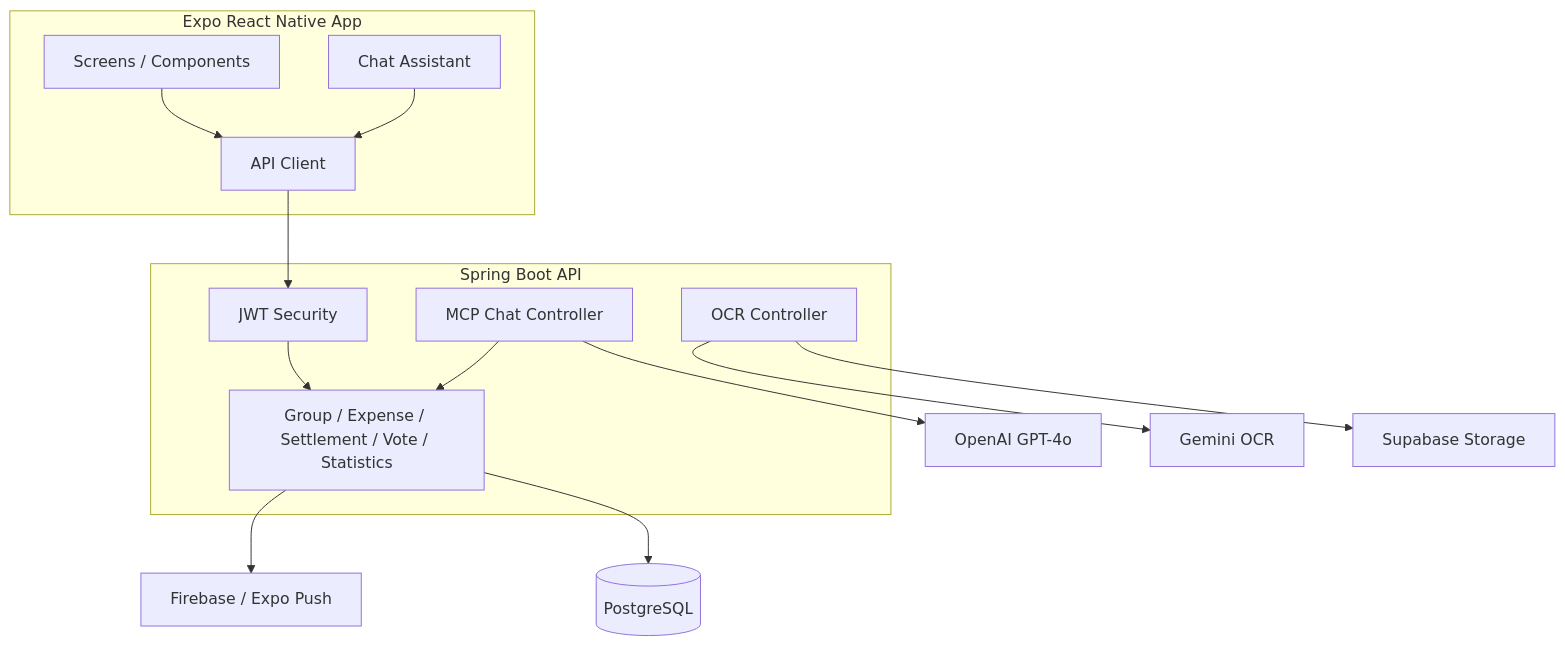
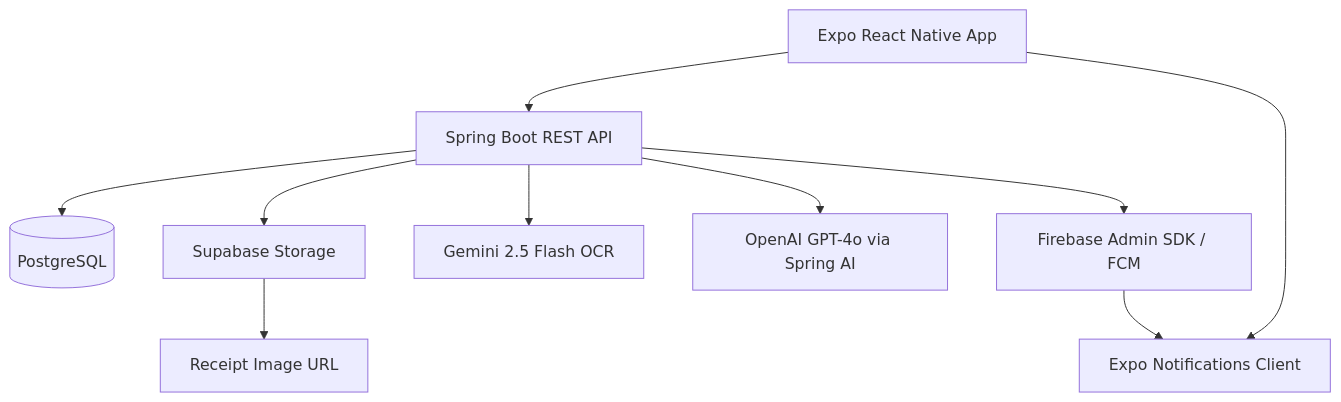
Before and after one commit to choicold/jeongchongmu: the second of 3 diagrams in README.md, drawn with Mermaid. The commit also changed other lines of this file and 2 other files, not shown here.

````diff
--- a/README.md
+++ b/README.md
@@ -68,32 +159,14 @@
 ```mermaid
 flowchart TB
-    subgraph Client["Expo React Native App"]
-        UI["Screens / Components"]
-        API["API Client"]
-        Chat["Chat Assistant"]
-    end
+    App["Expo React Native App"] --> API["Spring Boot REST API"]
+    App --> NotifyClient["Expo Notifications Client"]
 
-    subgraph Server["Spring Boot API"]
-        Auth["JWT Security"]
-        Domain["Group / Expense / Settlement / Vote / Statistics"]
-        Agent["MCP Chat Controller"]
-        OCR["OCR Controller"]
-    end
+    API --> DB[("PostgreSQL")]
+    API --> Storage["Supabase Storage"]
+    API --> Gemini["Gemini 2.5 Flash OCR"]
+    API --> OpenAI["OpenAI GPT-4o via Spring AI"]
+    API --> FCM["Firebase Admin SDK / FCM"]
 
-    DB[("PostgreSQL")]
-    Storage["Supabase Storage"]
-    Gemini["Gemini OCR"]
-    OpenAI["OpenAI GPT-4o"]
-    Push["Firebase / Expo Push"]
-
-    UI --> API
-    Chat --> API
-    API --> Auth
-    Auth --> Domain
-    Domain --> DB
-    OCR --> Storage
-    OCR --> Gemini
-    Agent --> OpenAI
-    Agent --> Domain
-    Domain --> Push
+    Storage --> Receipt["Receipt Image URL"]
+    FCM --> NotifyClient
 ```
````
